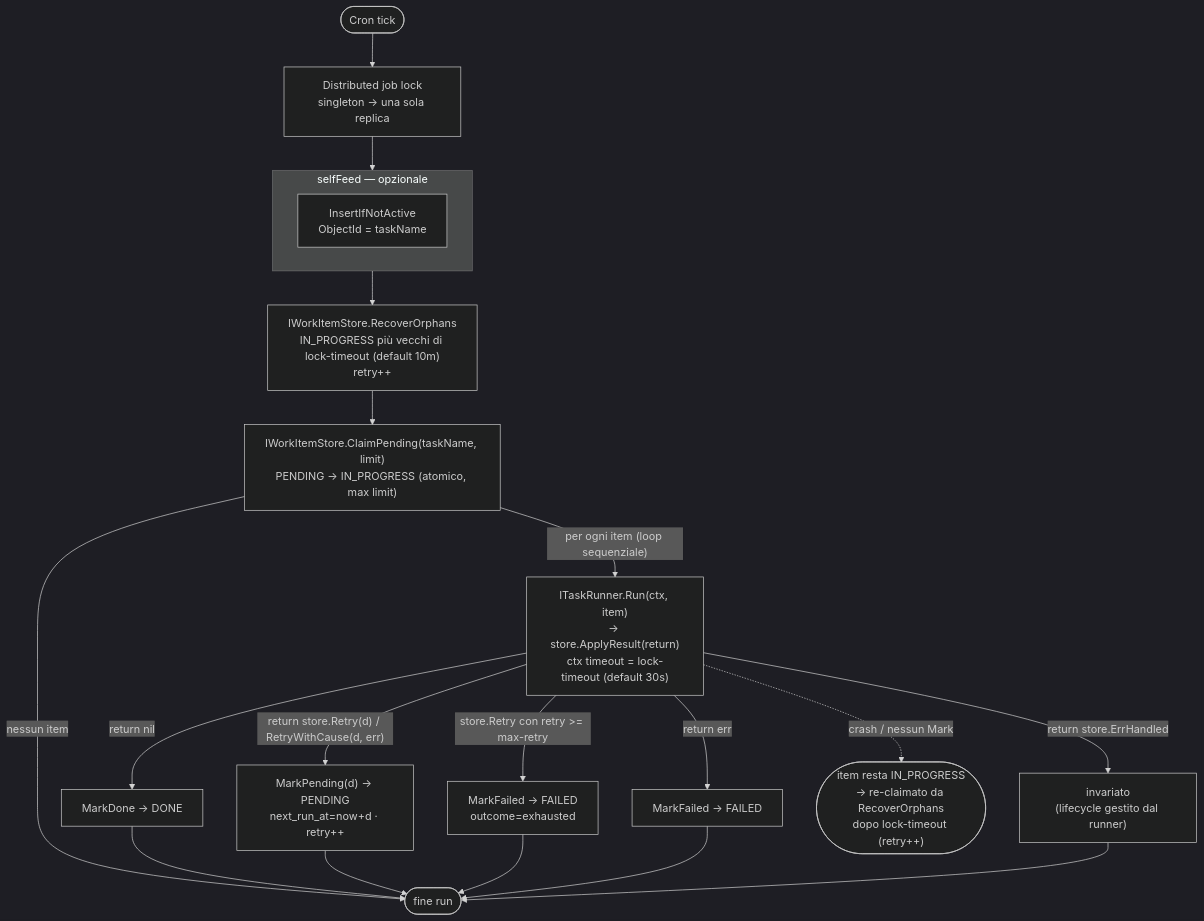
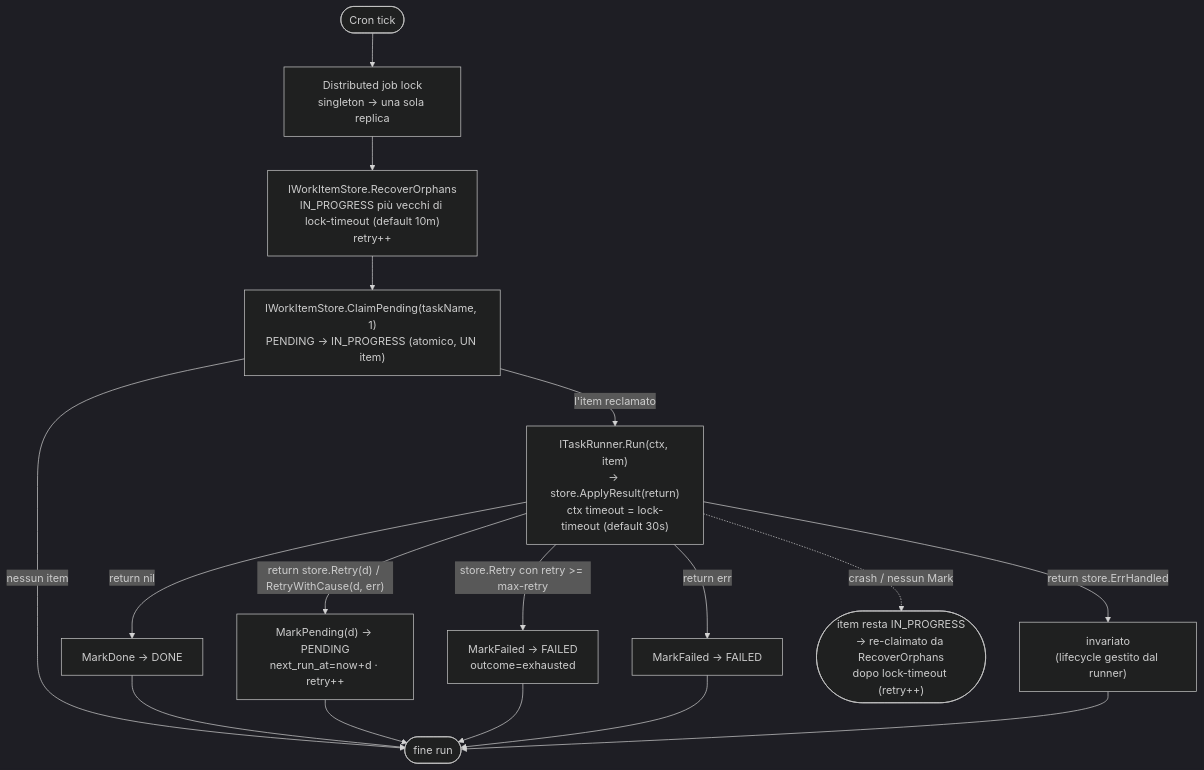
One commit to GPA-Gruppo-Progetti-Avanzati-SRL/go-core-batch changed the third of 3 diagrams in README.md. Above: the diagram before and after it, drawn with Mermaid (dark theme). The commit also changed other lines of this file and 11 other files, not shown here.

First line of the commit message:
Decouple task registration from job types: move runner to package root, make SingleTask job type explicit

````diff
--- a/README.md
+++ b/README.md
@@ -836,19 +837,15 @@
 ```mermaid
 flowchart TD
     CRON([Cron tick]) --> LOCK["Distributed job lock\nsingleton → una sola replica"]
-    LOCK --> SELF
-    subgraph SELF["selfFeed — opzionale"]
-        SF["InsertIfNotActive\nObjectId = taskName"]
-    end
-    SELF --> RO["IWorkItemStore.RecoverOrphans\nIN_PROGRESS più vecchi di lock-timeout (default 10m)\nretry++"]
-    RO --> CP["IWorkItemStore.ClaimPending(taskName, limit)\nPENDING → IN_PROGRESS (atomico, max limit)"]
+    LOCK --> RO["IWorkItemStore.RecoverOrphans\nIN_PROGRESS più vecchi di lock-timeout (default 10m)\nretry++"]
+    RO --> CP["IWorkItemStore.ClaimPending(taskName, 1)\nPENDING → IN_PROGRESS (atomico, UN item)"]
     CP -- "nessun item" --> END([fine run])
-    CP -- "per ogni item (loop sequenziale)" --> RUN["ITaskRunner.Run(ctx, item)\n→ store.ApplyResult(return)\nctx timeout = lock-timeout (default 30s)"]
+    CP -- "l'item reclamato" --> RUN["ITaskRunner.Run(ctx, item)\n→ store.ApplyResult(return)\nctx timeout = lock-timeout (default 30s)"]
     RUN -- "return nil" --> DONE["MarkDone → DONE"]
     RUN -- "return store.Retry(d) / RetryWithCause(d, err)" --> PEND["MarkPending(d) → PENDING\nnext_run_at=now+d · retry++"]
     RUN -- "store.Retry con retry >= max-retry" --> EXH["MarkFailed → FAILED\noutcome=exhausted"]
     RUN -- "return err" --> FAIL["MarkFailed → FAILED"]
     RUN -- "return store.ErrHandled" --> KEEP["invariato\n(lifecycle gestito dal runner)"]
     DONE & PEND & EXH & FAIL & KEEP --> END
     RUN -. "crash / nessun Mark" .-> STAY(["item resta IN_PROGRESS\n→ re-claimato da RecoverOrphans\ndopo lock-timeout (retry++)"])
 ```
````
